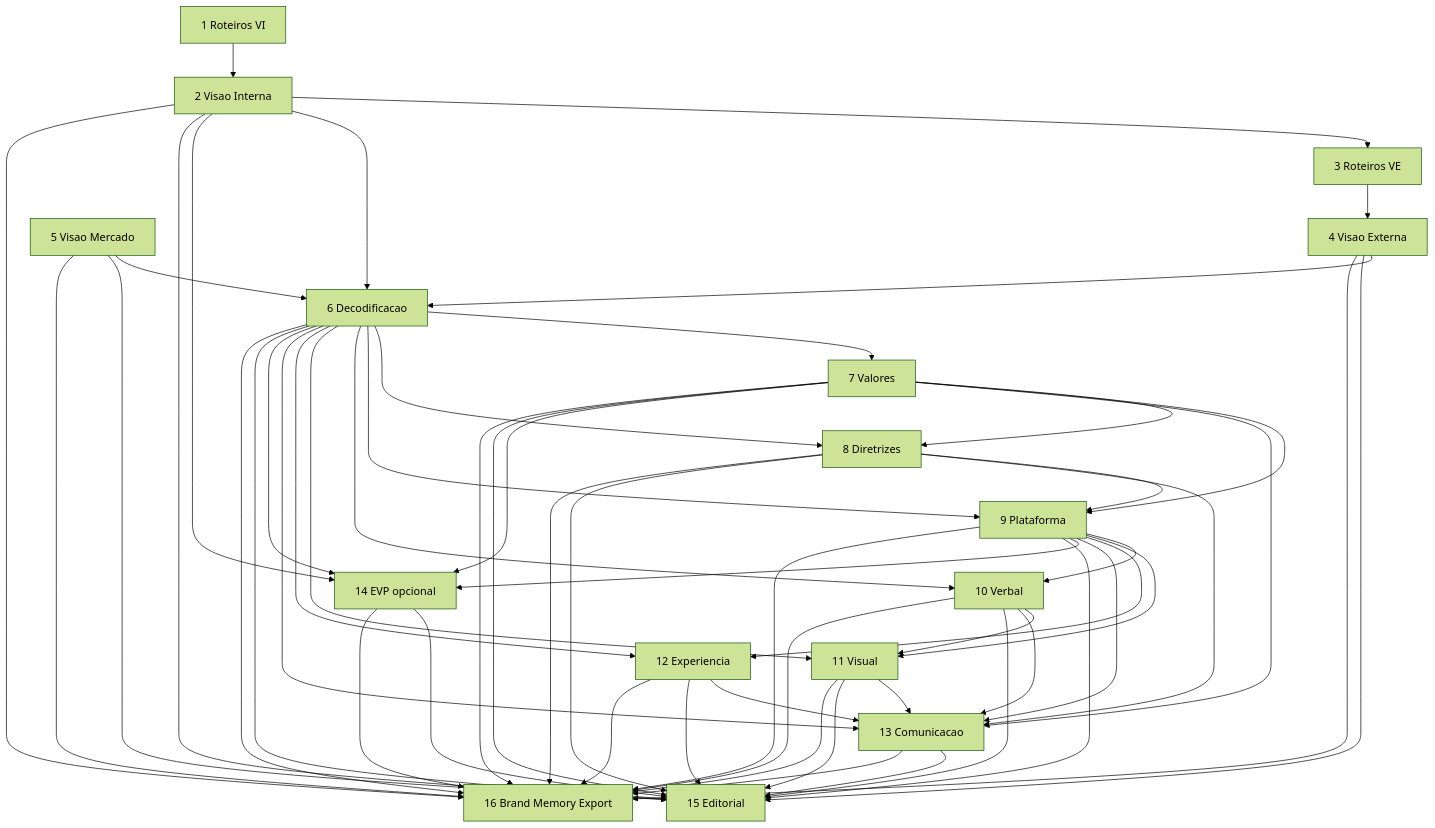
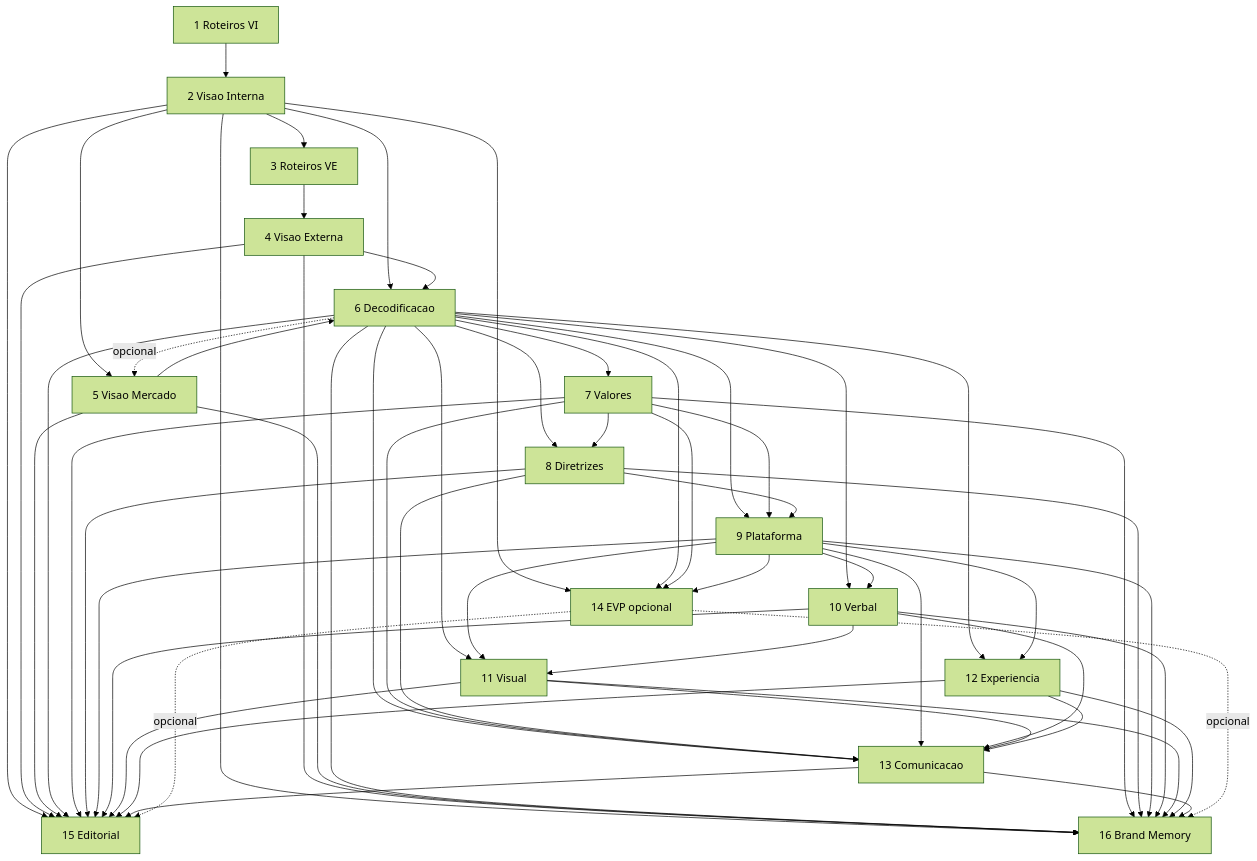
Before and after one commit to appbergamini/espansione-web: the second of 3 diagrams in docs/estrutura-e-fluxo-agentes.md, drawn with Mermaid (forest theme). The commit also changed other lines of this file and 26 other files, not shown here.

````diff
--- a/docs/estrutura-e-fluxo-agentes.md
+++ b/docs/estrutura-e-fluxo-agentes.md
@@ -224,57 +251,59 @@
 ```mermaid
 flowchart TD
   A1["1 Roteiros VI"] --> A2["2 Visao Interna"]
   A2 --> A3["3 Roteiros VE"]
   A3 --> A4["4 Visao Externa"]
-  A5["5 Visao Mercado"] --> A6["6 Decodificacao"]
-  A2 --> A6
+  A2 --> A5["5 Visao Mercado"]
+  A2 --> A6["6 Decodificacao"]
   A4 --> A6
+  A5 --> A6
+  A6 -.->|opcional| A5
   A6 --> A7["7 Valores"]
   A6 --> A8["8 Diretrizes"]
   A7 --> A8
   A6 --> A9["9 Plataforma"]
   A7 --> A9
   A8 --> A9
   A6 --> A10["10 Verbal"]
   A9 --> A10
   A6 --> A11["11 Visual"]
   A9 --> A11
   A10 --> A11
   A6 --> A12["12 Experiencia"]
   A9 --> A12
   A6 --> A13["13 Comunicacao"]
   A7 --> A13
   A8 --> A13
   A9 --> A13
   A10 --> A13
   A11 --> A13
   A12 --> A13
   A2 --> A14["14 EVP opcional"]
   A6 --> A14
   A7 --> A14
   A9 --> A14
   A2 --> A15["15 Editorial"]
   A4 --> A15
   A5 --> A15
   A6 --> A15
   A7 --> A15
   A8 --> A15
   A9 --> A15
   A10 --> A15
   A11 --> A15
   A12 --> A15
   A13 --> A15
-  A14 --> A15
-  A2 --> A16["16 Brand Memory Export"]
+  A14 -.->|opcional| A15
+  A2 --> A16["16 Brand Memory"]
   A4 --> A16
   A5 --> A16
   A6 --> A16
   A7 --> A16
   A8 --> A16
   A9 --> A16
   A10 --> A16
   A11 --> A16
   A12 --> A16
   A13 --> A16
-  A14 --> A16
+  A14 -.->|opcional| A16
 ```
````
